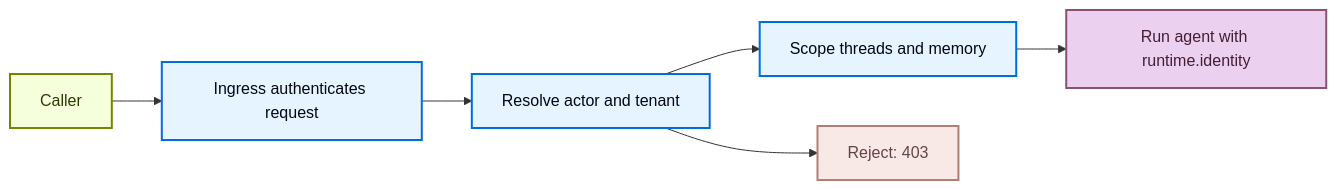
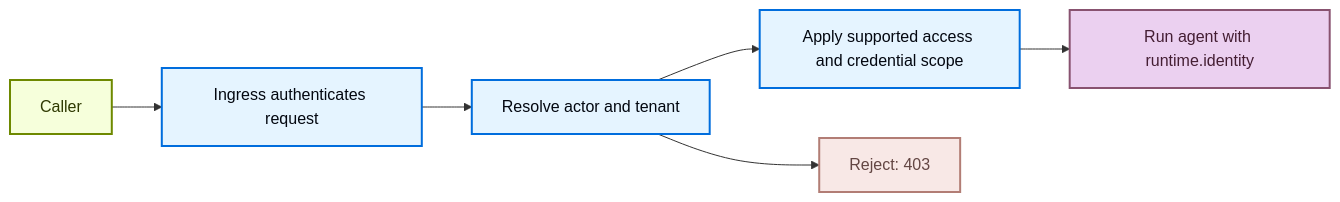
One commit to langchain-ai/docs changed the diagram in src/langsmith/managed-deep-agents-identity.mdx. Above: the diagram before and after it, drawn with Mermaid. The commit also changed other lines of this file and 13 other files, not shown here.

````diff
--- a/src/langsmith/managed-deep-agents-identity.mdx
+++ b/src/langsmith/managed-deep-agents-identity.mdx
@@ -64,17 +62,17 @@
 ```mermaid
 flowchart LR
     Caller["Caller"] --> Ingress["Ingress authenticates request"]
     Ingress --> Resolve["Resolve actor and tenant"]
-    Resolve --> Scope["Scope threads and memory"]
+    Resolve --> Scope["Apply supported access and credential scope"]
     Resolve --> Reject["Reject: 403"]
     Scope --> Run["Run agent with runtime.identity"]
 
     classDef process fill:#E5F4FF,stroke:#006DDD,stroke-width:2px,color:#030710;
     classDef trigger fill:#F6FFDB,stroke:#6E8900,stroke-width:2px,color:#2E3900;
     classDef output fill:#EBD0F0,stroke:#885270,stroke-width:2px,color:#441E33;
     classDef alert fill:#F8E8E6,stroke:#B27D75,stroke-width:2px,color:#634643;
     class Caller trigger;
     class Ingress,Resolve,Scope process;
     class Run output;
     class Reject alert;
 ```
````
